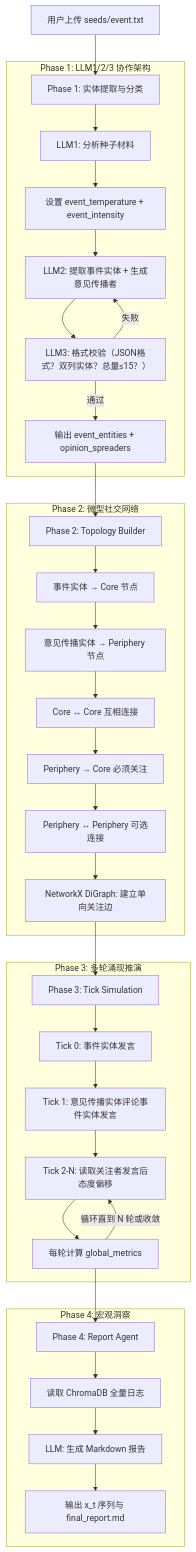
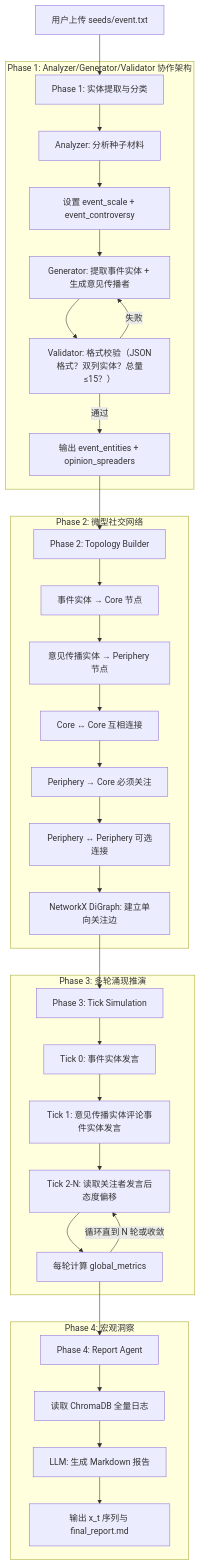
The diagram in docs/dev_spec.md (chatgarypt-cpu/Adarian-), drawn with Mermaid before and after one commit. The commit also changed other lines of this file and 88 other files, not shown here.

````diff
--- a/docs/dev_spec.md
+++ b/docs/dev_spec.md
@@ -158,43 +460,43 @@
 ```mermaid
 graph TD
     A["用户上传 seeds/event.txt"]
     A --> B["Phase 1: 实体提取与分类"]
 
-    subgraph P1 ["Phase 1: LLM1/2/3 协作架构"]
-        B --> B1["LLM1: 分析种子材料"]
-        B1 --> B2["设置 event_temperature + event_intensity"]
-        B2 --> B3["LLM2: 提取事件实体 + 生成意见传播者"]
-        B3 --> B4["LLM3: 格式校验（JSON格式？双列实体？总量≤15？）"]
+    subgraph P1 ["Phase 1: Analyzer/Generator/Validator 协作架构"]
+        B --> B1["Analyzer: 分析种子材料"]
+        B1 --> B2["设置 event_scale + event_controversy"]
+        B2 --> B3["Generator: 提取事件实体 + 生成意见传播者"]
+        B3 --> B4["Validator: 格式校验（JSON格式？双列实体？总量≤15？）"]
         B4 -->|"通过"| B5["输出 event_entities + opinion_spreaders"]
         B4 -->|"失败"| B3
     end
 
     B5 --> C["Phase 2: Topology Builder"]
 
     subgraph P2 ["Phase 2: 微型社交网络"]
         C --> C1["事件实体 → Core 节点"]
         C1 --> C2["意见传播实体 → Periphery 节点"]
         C2 --> C3["Core ↔ Core 互相连接"]
         C3 --> C4["Periphery → Core 必须关注"]
         C4 --> C5["Periphery ↔ Periphery 可选连接"]
         C5 --> C6["NetworkX DiGraph: 建立单向关注边"]
     end
 
     C6 --> D["Phase 3: Tick Simulation"]
 
     subgraph P3 ["Phase 3: 多轮涌现推演"]
         D --> D0["Tick 0: 事件实体发言"]
         D0 --> D1["Tick 1: 意见传播实体评论事件实体发言"]
         D1 --> D2["Tick 2-N: 读取关注者发言后态度偏移"]
         D2 --> D3["每轮计算 global_metrics"]
         D3 -->|"循环直到 N 轮或收敛"| D2
     end
 
     D3 --> E["Phase 4: Report Agent"]
 
     subgraph P4 ["Phase 4: 宏观洞察"]
         E --> E1["读取 ChromaDB 全量日志"]
         E1 --> E2["LLM: 生成 Markdown 报告"]
         E2 --> E3["输出 x_t 序列与 final_report.md"]
     end
 ```
````
